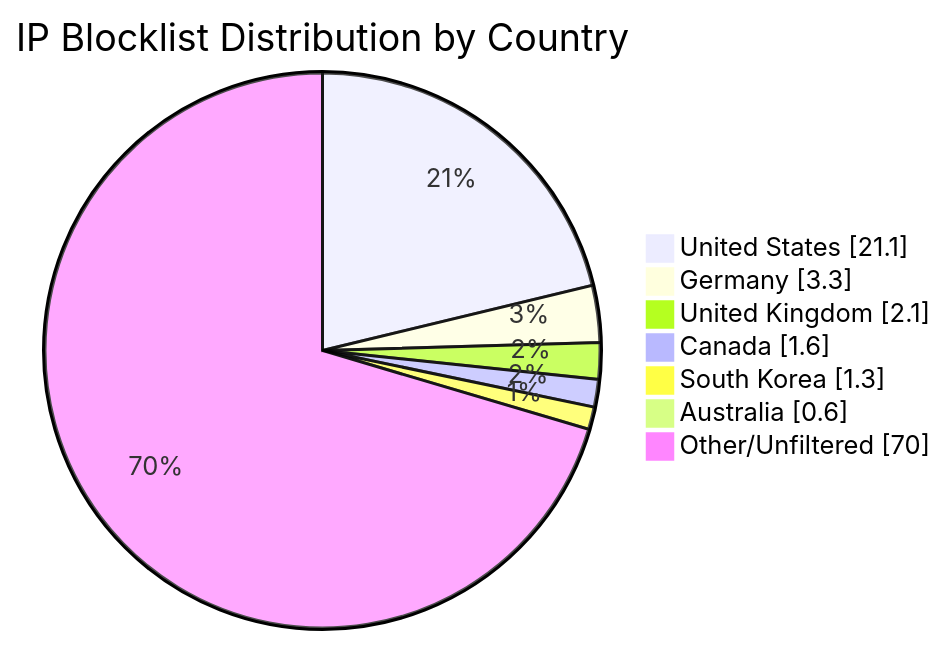
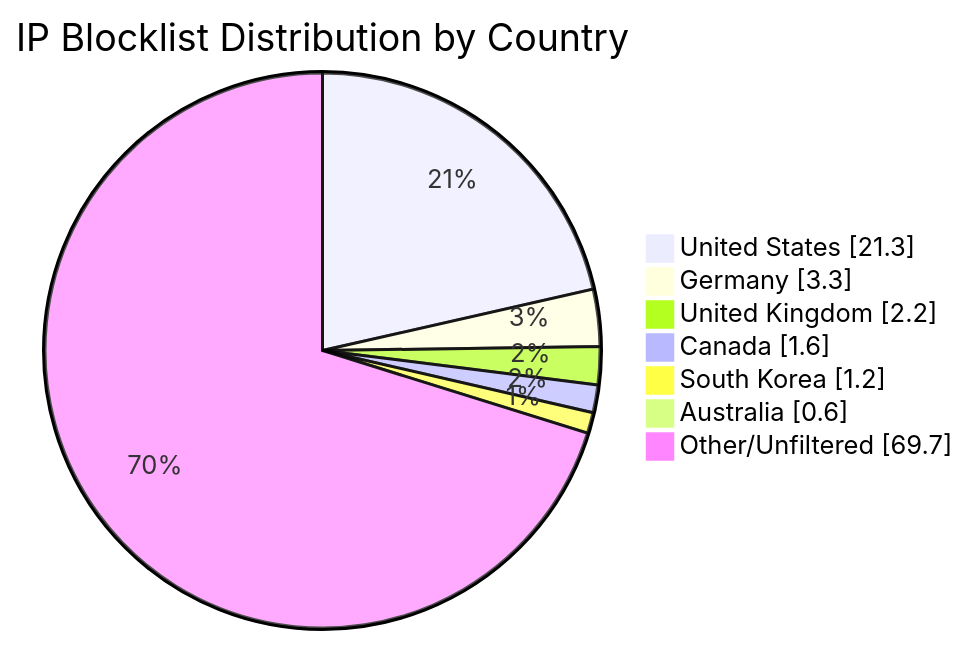
The diagram in README.md (MarcusHoltz/ipblocklist-geofiltered-aggregator), drawn with Mermaid before and after one commit. The commit also changed other lines of this file and 9 other files, not shown here.

````diff
--- a/README.md
+++ b/README.md
@@ -34,10 +34,10 @@
 ```mermaid
 pie showData title IP Blocklist Distribution by Country
-"United States" : 21.1
+"United States" : 21.3
 "Germany" : 3.3
-"United Kingdom" : 2.1
+"United Kingdom" : 2.2
 "Canada" : 1.6
-"South Korea" : 1.3
+"South Korea" : 1.2
 "Australia" : 0.6
-"Other/Unfiltered" : 70.0
+"Other/Unfiltered" : 69.7
 ```
````
